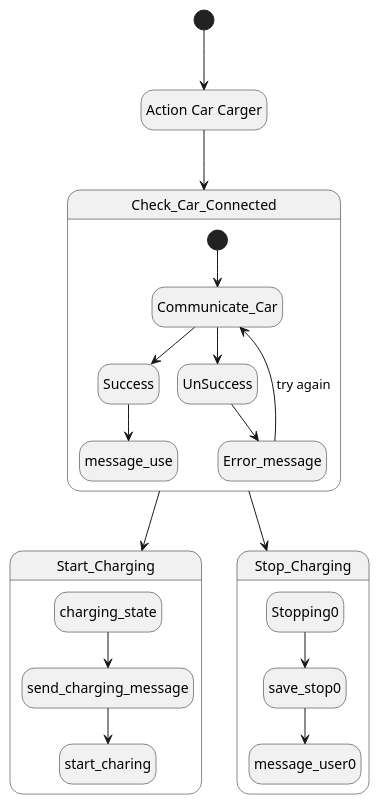
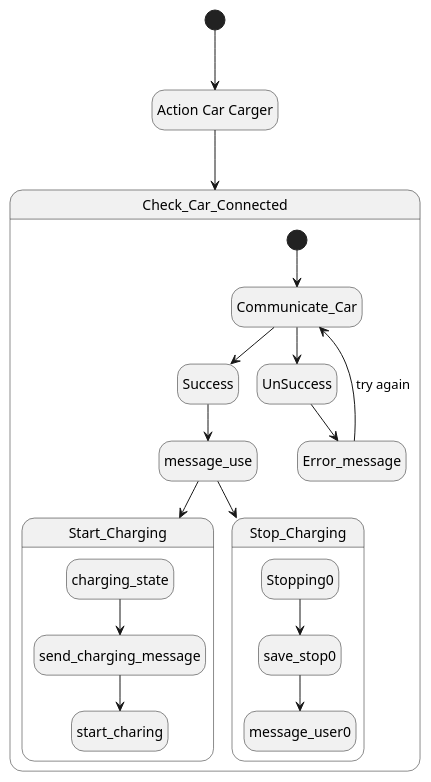
Before and after one commit to StefanBStrand/SETGruppe11HIOF: the diagram in Diagrams/ActionCarCharger.puml, drawn with PlantUML.

Commit message:
Endret tilstander plasseringer i carcharger tilstandsdiagram.

```diff
--- a/Diagrams/ActionCarCharger.puml
+++ b/Diagrams/ActionCarCharger.puml
@@ -1,37 +1,37 @@
 @startuml
 'https://plantuml.com/state-diagram
 
 hide empty description
 
 state "Action Car Carger" as actioncarcharg
 [*] --> actioncarcharg
 
 state Check_Car_Connected {
 [*] --> Communicate_Car
 Communicate_Car --> Success
 Communicate_Car --> UnSuccess
 UnSuccess --> Error_message
 Error_message --> Communicate_Car : try again
 Success --> message_use
+message_use --> Start_Charging
+message_use --> Stop_Charging
 }
 
 
 
 state Start_Charging {
 charging_state --> send_charging_message
 send_charging_message --> start_charing
 }
 
 state Stop_Charging {
 
 Stopping0 --> save_stop0
 save_stop0 --> message_user0
 }
 
 actioncarcharg --> Check_Car_Connected
-Check_Car_Connected --> Start_Charging
-Check_Car_Connected --> Stop_Charging
 
 
 
 @enduml
```
